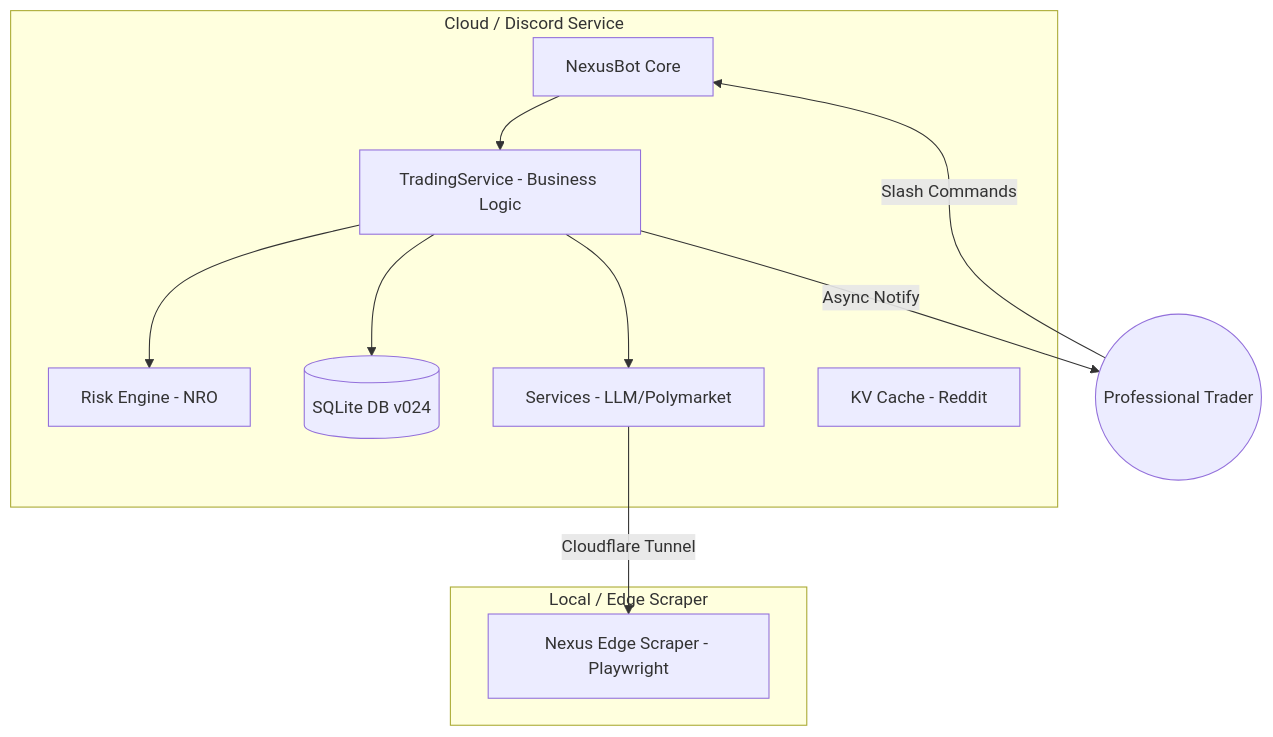
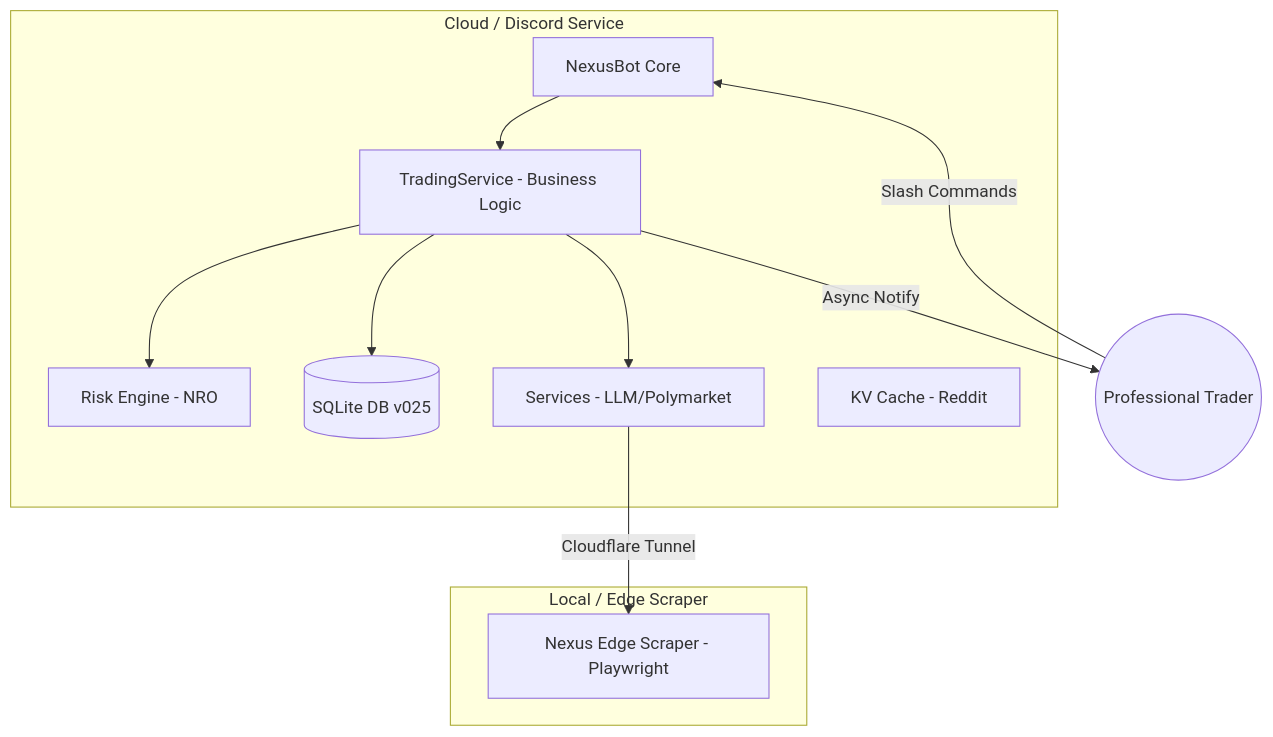
One commit to cosmo-chang-1701/nexus-seeker changed the first of 2 diagrams in README.md. Above: the diagram before and after it, drawn with Mermaid. The commit also changed other lines of this file and 1 other file, not shown here.

````diff
--- a/README.md
+++ b/README.md
@@ -35,23 +35,23 @@
 ```mermaid
 graph TD
     subgraph Cloud_Environment [Cloud / Discord Service]
         Bot[NexusBot Core]
         TS[TradingService - Business Logic]
         RE[Risk Engine - NRO]
-        DB[(SQLite DB v024)]
+        DB[(SQLite DB v025)]
         S[Services - LLM/Polymarket]
         C[KV Cache - Reddit]
     end
 
     subgraph Edge_Environment [Local / Edge Scraper]
         ES[Nexus Edge Scraper - Playwright]
     end
 
     User((Professional Trader)) -- Slash Commands --> Bot
     Bot --> TS
     TS --> RE
     TS --> DB
     TS --> S
     S -- Cloudflare Tunnel --> ES
     TS -- Async Notify --> User
 ```
````
